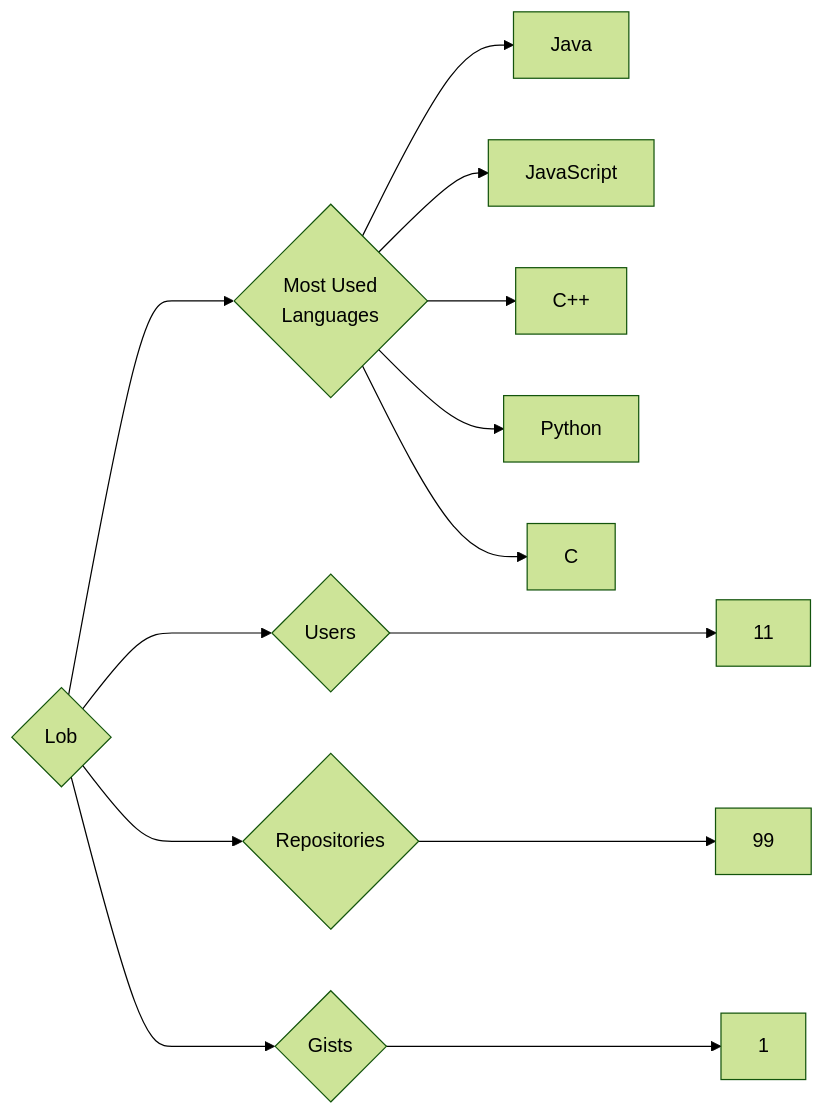
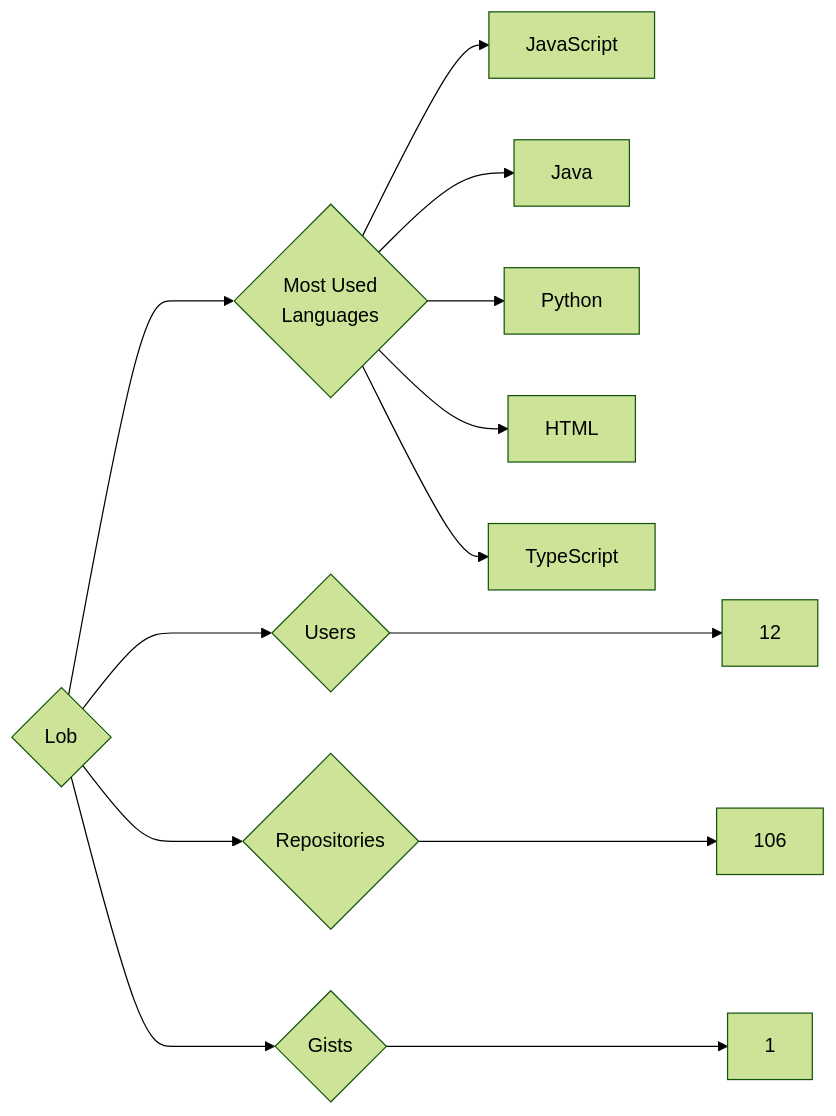
The diagram in targets/Lob/README.md (trickest/insiders), drawn with Mermaid (forest theme) before and after one commit. The commit also changed 750 other files, not shown here.

````diff
--- a/targets/Lob/README.md
+++ b/targets/Lob/README.md
@@ -3,13 +3,13 @@
 ```mermaid
 graph LR
 COMPANY_NAME{Lob}
-COMPANY_NAME ---> U{Users} ---> UN[11]
-COMPANY_NAME ---> R{Repositories} ---> RN[99]
+COMPANY_NAME ---> U{Users} ---> UN[12]
+COMPANY_NAME ---> R{Repositories} ---> RN[106]
 COMPANY_NAME ---> G{Gists} ---> GN[1]
 COMPANY_NAME ---> ML{Most Used<br>Languages}
+ML --> JavaScript[JavaScript]
 ML --> Java[Java]
-ML --> JavaScript[JavaScript]
-ML --> C++[C++]
 ML --> Python[Python]
-ML --> C[C]
+ML --> HTML[HTML]
+ML --> TypeScript[TypeScript]
 ```
````
